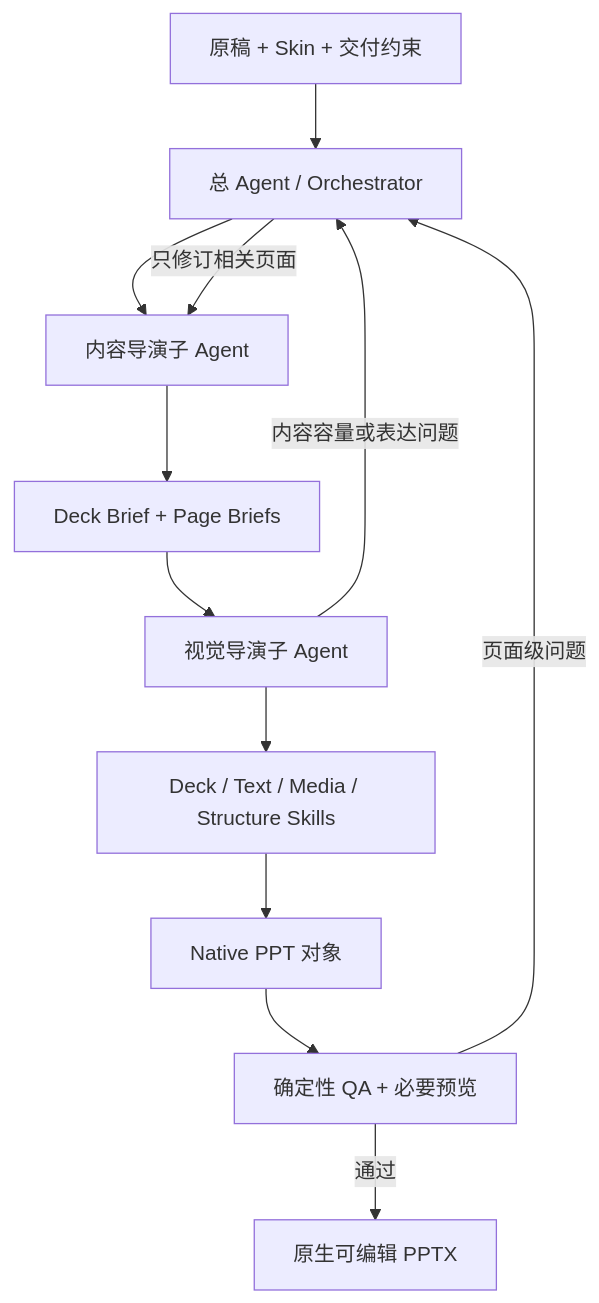
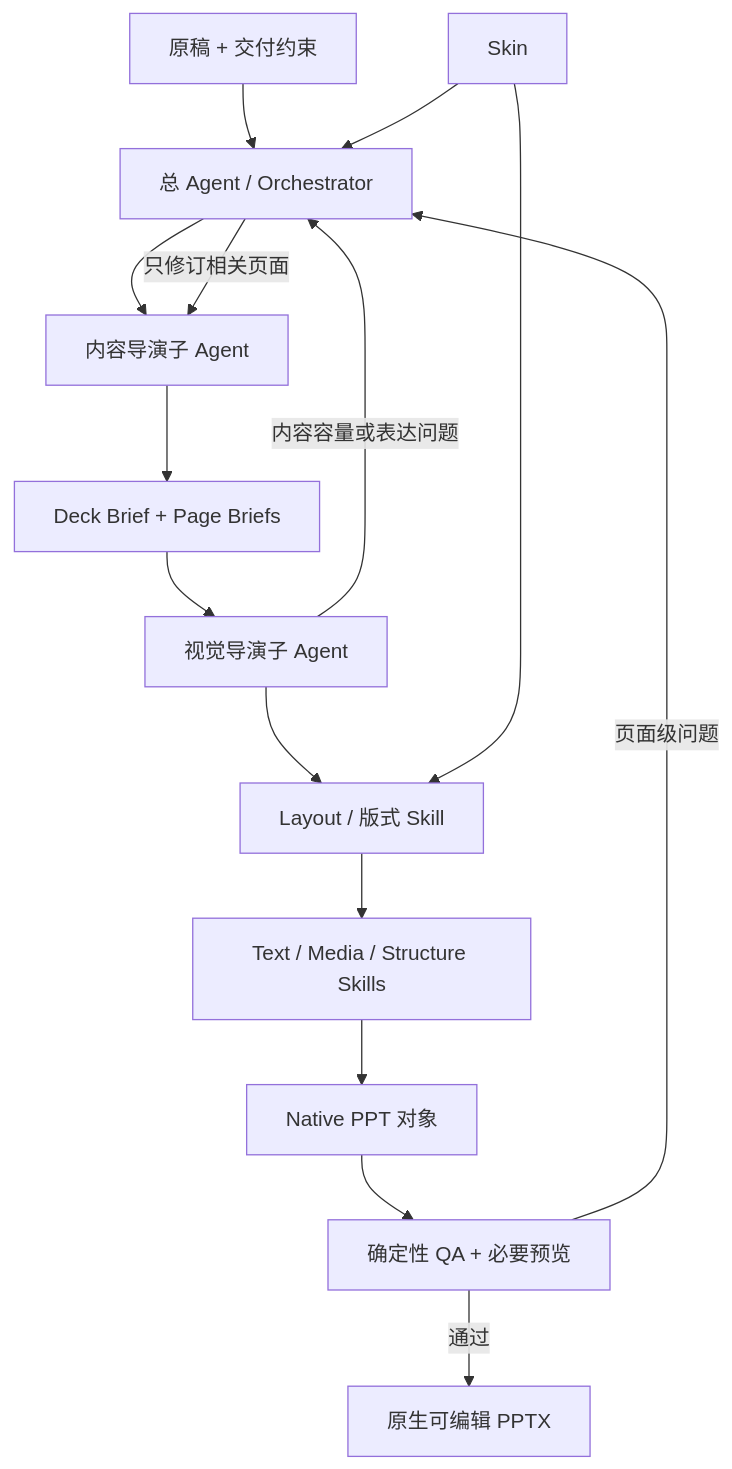
One commit to NEUwpy/PPagenT changed the diagram in docs/工作流/正式生成/生成线架构决策.md. Above: the diagram before and after it, drawn with Mermaid. The commit also changed other lines of this file and 6 other files, not shown here.

````diff
--- a/docs/工作流/正式生成/生成线架构决策.md
+++ b/docs/工作流/正式生成/生成线架构决策.md
@@ -19,14 +19,17 @@
 ```mermaid
 flowchart TD
-    A["原稿 + Skin + 交付约束"] --> O["总 Agent / Orchestrator"]
+    A["原稿 + 交付约束"] --> O["总 Agent / Orchestrator"]
+    K["Skin"] --> O
     O --> C["内容导演子 Agent"]
     C --> P["Deck Brief + Page Briefs"]
     P --> V["视觉导演子 Agent"]
-    V --> X["Deck / Text / Media / Structure Skills"]
+    V --> L["Layout / 版式 Skill"]
+    K --> L
+    L --> X["Text / Media / Structure Skills"]
     X --> N["Native PPT 对象"]
     N --> Q["确定性 QA + 必要预览"]
     Q -->|通过| D["原生可编辑 PPTX"]
     Q -->|页面级问题| O
     V -->|内容容量或表达问题| O
     O -->|只修订相关页面| C
 ```
````
